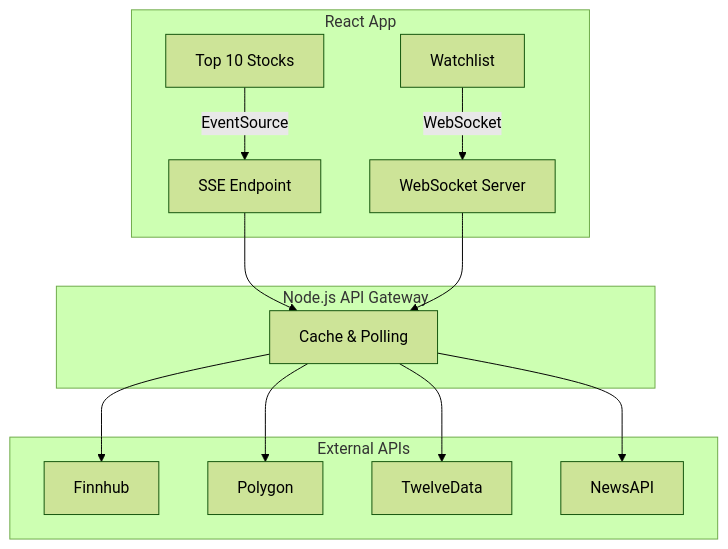
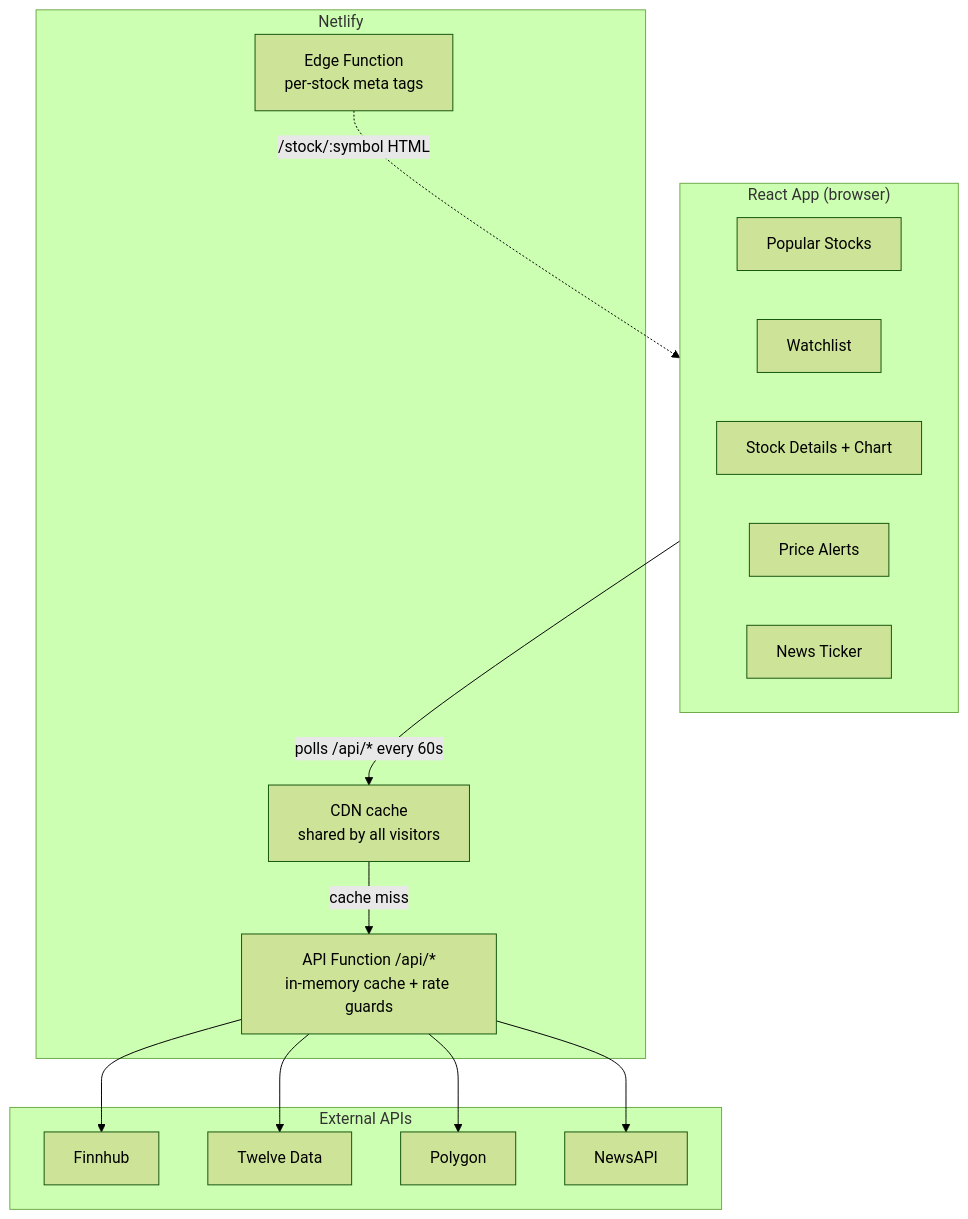
The diagram in README.md (allentronix/stocks_tracker), drawn with Mermaid (forest theme) before and after one commit. The commit also changed other lines of this file and 28 other files, not shown here.

````diff
--- a/README.md
+++ b/README.md
@@ -61,31 +71,31 @@
 ```mermaid
 flowchart TB
-  subgraph Browser["React App"]
-    TopTen["Top 10 Stocks"]
-    Watchlist["Watchlist"]
-
-    TopTen -->|EventSource| SSE
-    Watchlist -->|WebSocket| WS
+  subgraph Browser["React App (browser)"]
+    Popular["Popular Stocks"]
+    Watch["Watchlist"]
+    Detail["Stock Details + Chart"]
+    Alerts["Price Alerts"]
+    News["News Ticker"]
   end
 
-  subgraph Gateway["Node.js API Gateway"]
-    SSE["SSE Endpoint"]
-    WS["WebSocket Server"]
-    Cache["Cache & Polling"]
-
-    SSE --> Cache
-    WS --> Cache
+  subgraph Netlify["Netlify"]
+    Edge["Edge Function<br/>per-stock meta tags"]
+    CDN["CDN cache<br/>shared by all visitors"]
+    Fn["API Function /api/*<br/>in-memory cache + rate guards"]
   end
 
   subgraph APIs["External APIs"]
     Finnhub
+    TwelveData["Twelve Data"]
     Polygon
-    TwelveData
     NewsAPI
   end
 
-  Cache --> Finnhub
-  Cache --> Polygon
-  Cache --> TwelveData
-  Cache --> NewsAPI
+  Browser -->|"polls /api/* every 60s"| CDN
+  CDN -->|"cache miss"| Fn
+  Edge -.->|"/stock/:symbol HTML"| Browser
+  Fn --> Finnhub
+  Fn --> TwelveData
+  Fn --> Polygon
+  Fn --> NewsAPI
 ```
````
